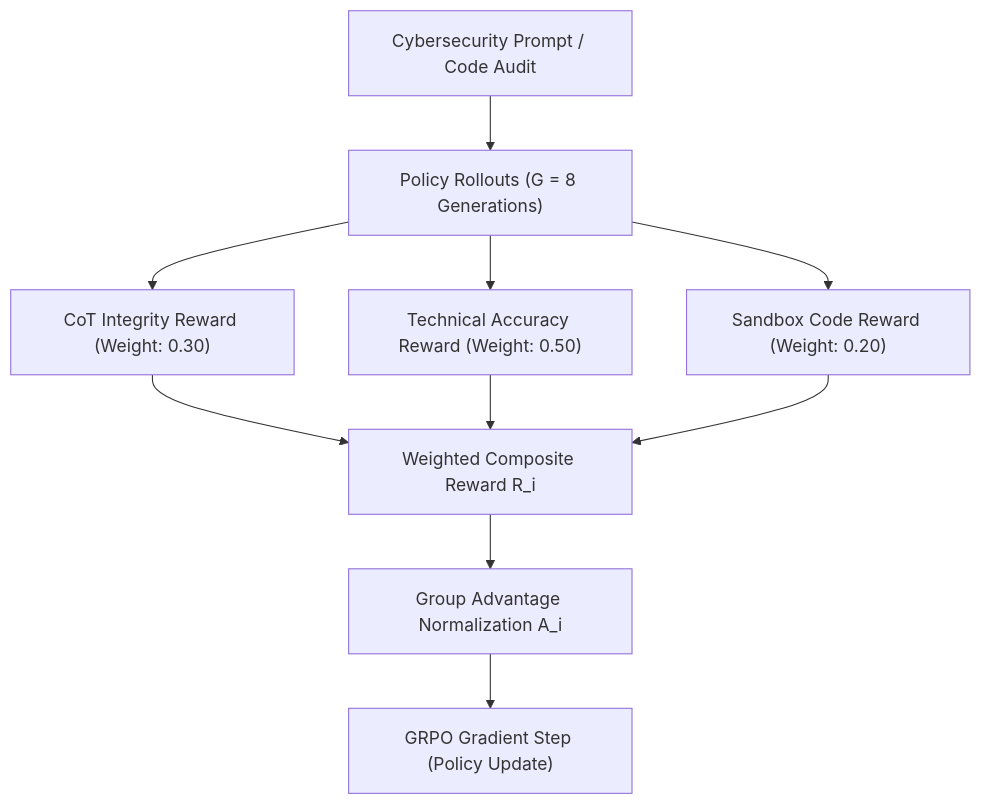
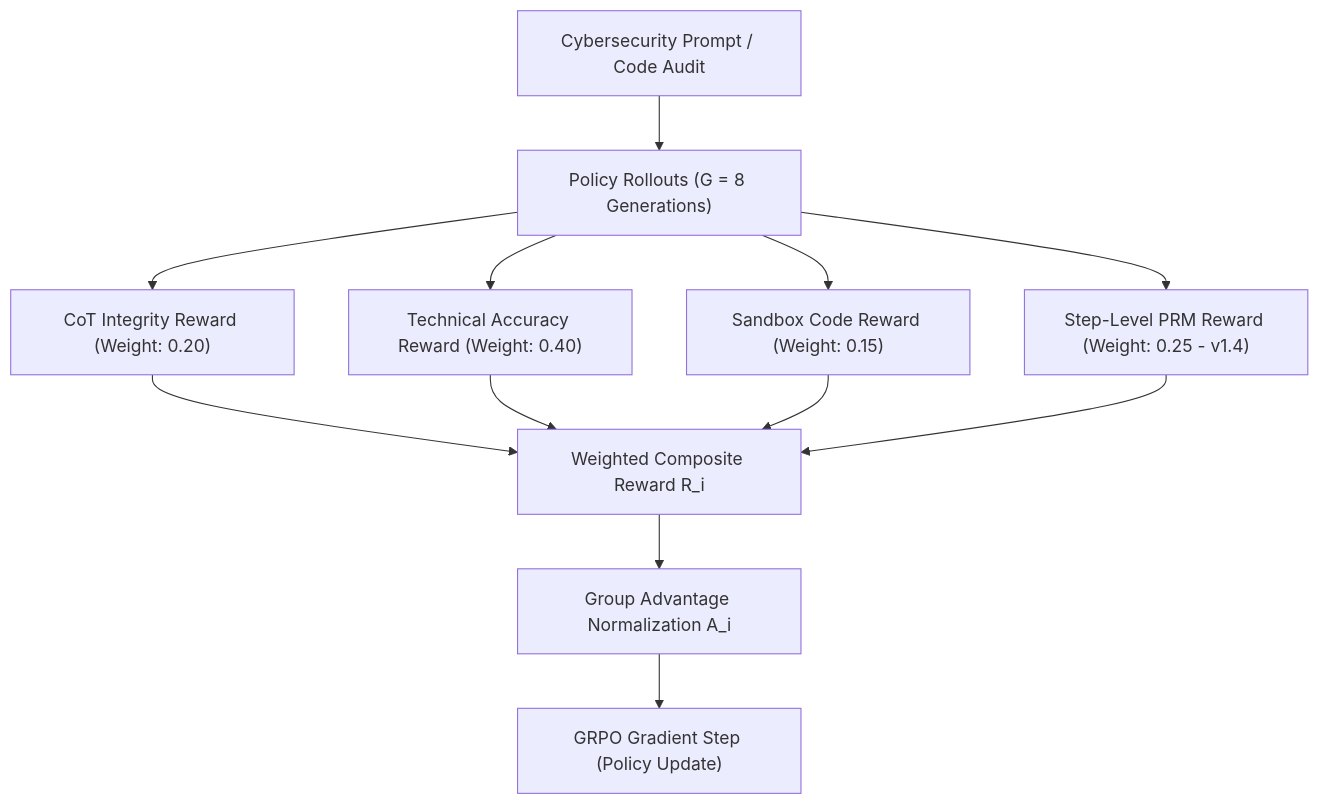
One commit to johnknevescarrijo/CyberRott changed the diagram in MODEL_CARD.md. Above: the diagram before and after it, drawn with Mermaid. The commit also changed other lines of this file and 2 other files, not shown here.

Commit message:
docs(v1.4): document implemented v1.4 CLI workflows, DoRA, Step-Level PRM, and Test-Time Compute

````diff
--- a/MODEL_CARD.md
+++ b/MODEL_CARD.md
@@ -166,12 +166,14 @@
 ```mermaid
 graph TD
     Prompt[Cybersecurity Prompt / Code Audit] --> Rollouts["Policy Rollouts (G = 8 Generations)"]
-    Rollouts --> RF1["CoT Integrity Reward (Weight: 0.30)"]
-    Rollouts --> RF2["Technical Accuracy Reward (Weight: 0.50)"]
-    Rollouts --> RF3["Sandbox Code Reward (Weight: 0.20)"]
+    Rollouts --> RF1["CoT Integrity Reward (Weight: 0.20)"]
+    Rollouts --> RF2["Technical Accuracy Reward (Weight: 0.40)"]
+    Rollouts --> RF3["Sandbox Code Reward (Weight: 0.15)"]
+    Rollouts --> RF4["Step-Level PRM Reward (Weight: 0.25 - v1.4)"]
     RF1 --> Aggregator["Weighted Composite Reward R_i"]
     RF2 --> Aggregator
     RF3 --> Aggregator
+    RF4 --> Aggregator
     Aggregator --> GroupNorm["Group Advantage Normalization A_i"]
     GroupNorm --> Backprop["GRPO Gradient Step (Policy Update)"]
 ```
````
